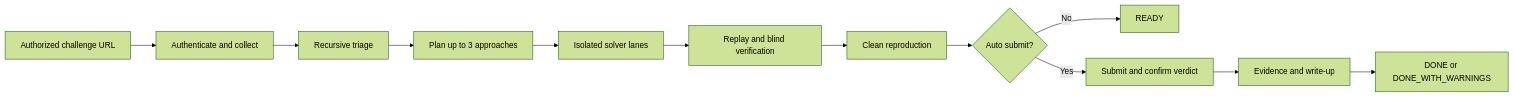
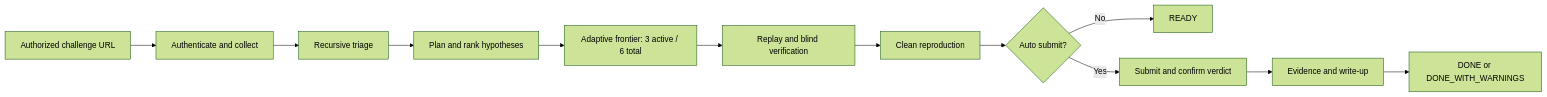
The diagram in README.md (Clotilde030603/ctf-agent-codex), drawn with Mermaid (forest theme) before and after one commit. The commit also changed other lines of this file and 186 other files, not shown here.

````diff
--- a/README.md
+++ b/README.md
@@ -46,14 +46,14 @@
 ```mermaid
 flowchart LR
     A[Authorized challenge URL] --> B[Authenticate and collect]
     B --> C[Recursive triage]
-    C --> D[Plan up to 3 approaches]
-    D --> E[Isolated solver lanes]
+    C --> D[Plan and rank hypotheses]
+    D --> E[Adaptive frontier: 3 active / 6 total]
     E --> F[Replay and blind verification]
     F --> G[Clean reproduction]
     G --> H{Auto submit?}
     H -- No --> I[READY]
     H -- Yes --> J[Submit and confirm verdict]
     J --> K[Evidence and write-up]
     K --> L[DONE or DONE_WITH_WARNINGS]
 ```
````
